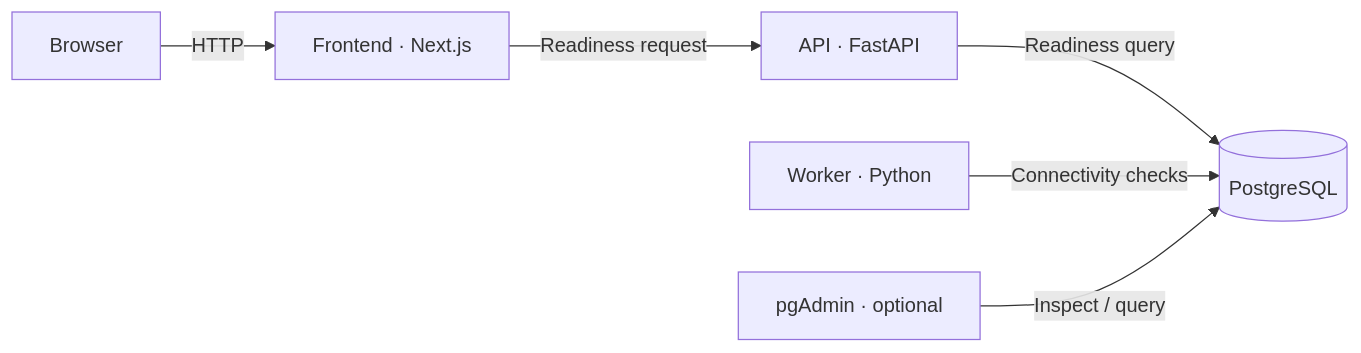
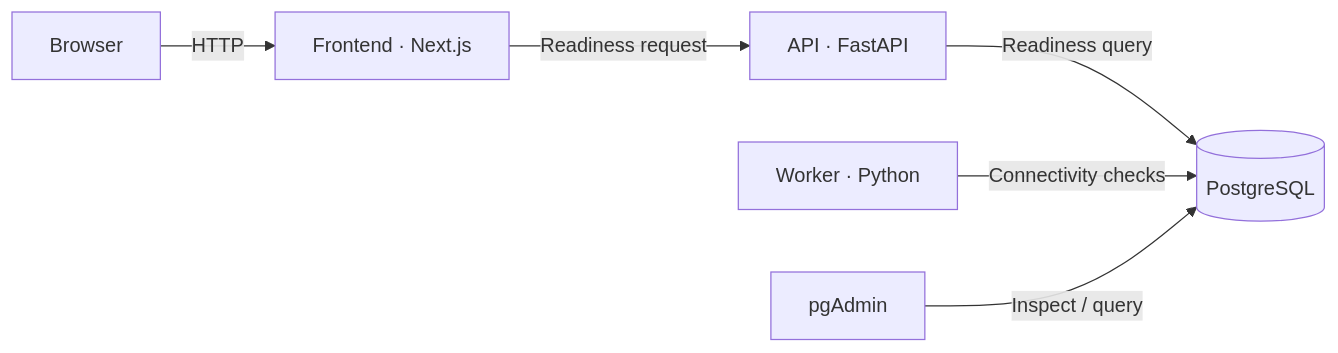
One commit to matescharnitzky/pydantic-agora changed the diagram in docs/architecture.md. Above: the diagram before and after it, drawn with Mermaid. The commit also changed other lines of this file and 5 other files, not shown here.

````diff
--- a/docs/architecture.md
+++ b/docs/architecture.md
@@ -7,8 +7,8 @@
 ```mermaid
 flowchart LR
     Browser -->|HTTP| Frontend[Frontend · Next.js]
     Frontend -->|Readiness request| API[API · FastAPI]
     API -->|Readiness query| Postgres[(PostgreSQL)]
     Worker[Worker · Python] -->|Connectivity checks| Postgres
-    pgAdmin[pgAdmin · optional] -->|Inspect / query| Postgres
+    pgAdmin[pgAdmin] -->|Inspect / query| Postgres
 ```
````
